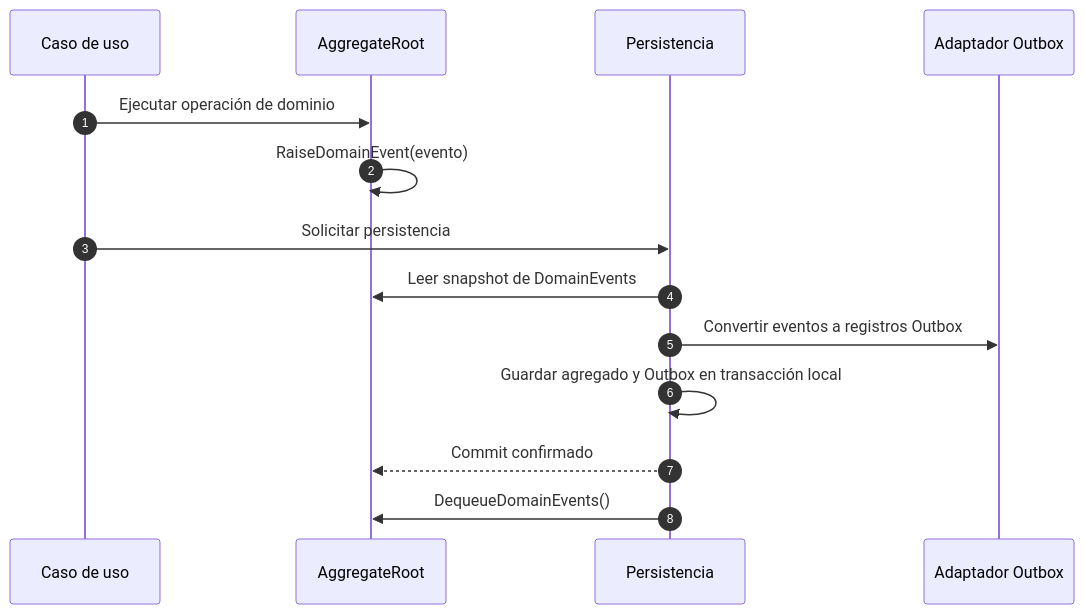
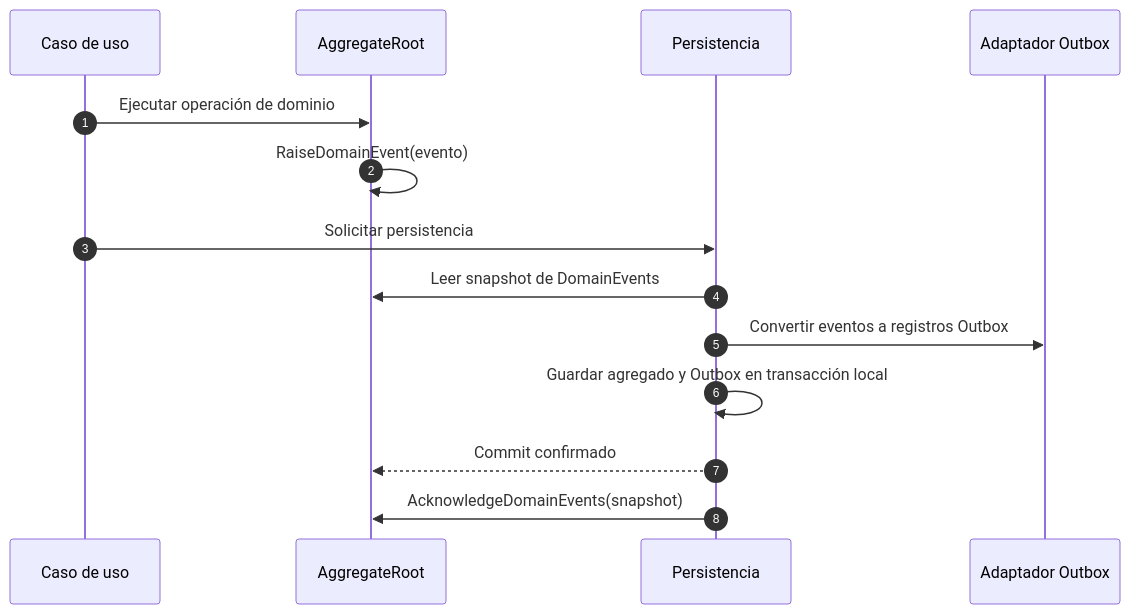
Before and after one commit to eac-architecture/eac-foundation: the first of 2 diagrams in docs/architecture/EAC_FOUNDATION_DOMAIN.md, drawn with Mermaid. The commit also changed other lines of this file and 5 other files, not shown here.

Commit message:
feat(domain): acknowledge committed event snapshots

````diff
--- a/docs/architecture/EAC_FOUNDATION_DOMAIN.md
+++ b/docs/architecture/EAC_FOUNDATION_DOMAIN.md
@@ -219,17 +229,17 @@
 ```mermaid
 sequenceDiagram
     autonumber
     participant UC as Caso de uso
     participant AG as AggregateRoot
     participant DB as Persistencia
     participant OB as Adaptador Outbox
 
     UC->>AG: Ejecutar operación de dominio
     AG->>AG: RaiseDomainEvent(evento)
     UC->>DB: Solicitar persistencia
     DB->>AG: Leer snapshot de DomainEvents
     DB->>OB: Convertir eventos a registros Outbox
     DB->>DB: Guardar agregado y Outbox en transacción local
     DB-->>AG: Commit confirmado
-    DB->>AG: DequeueDomainEvents()
+    DB->>AG: AcknowledgeDomainEvents(snapshot)
 ```
````
